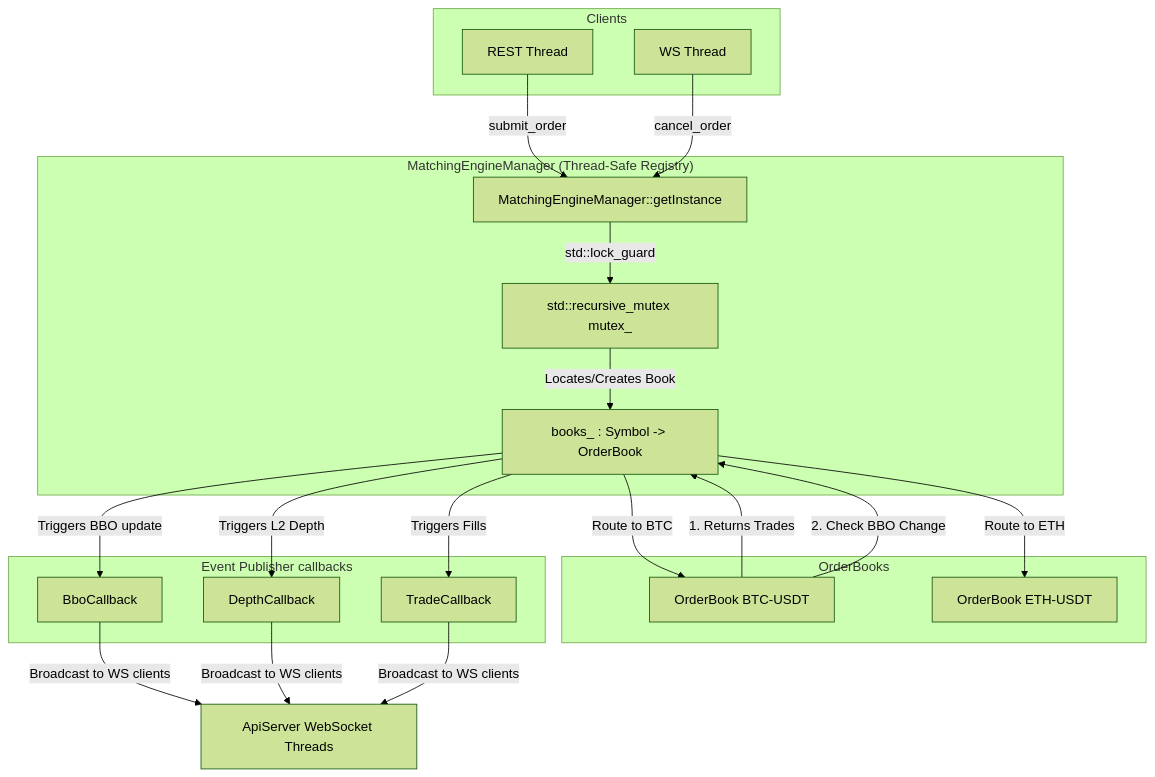
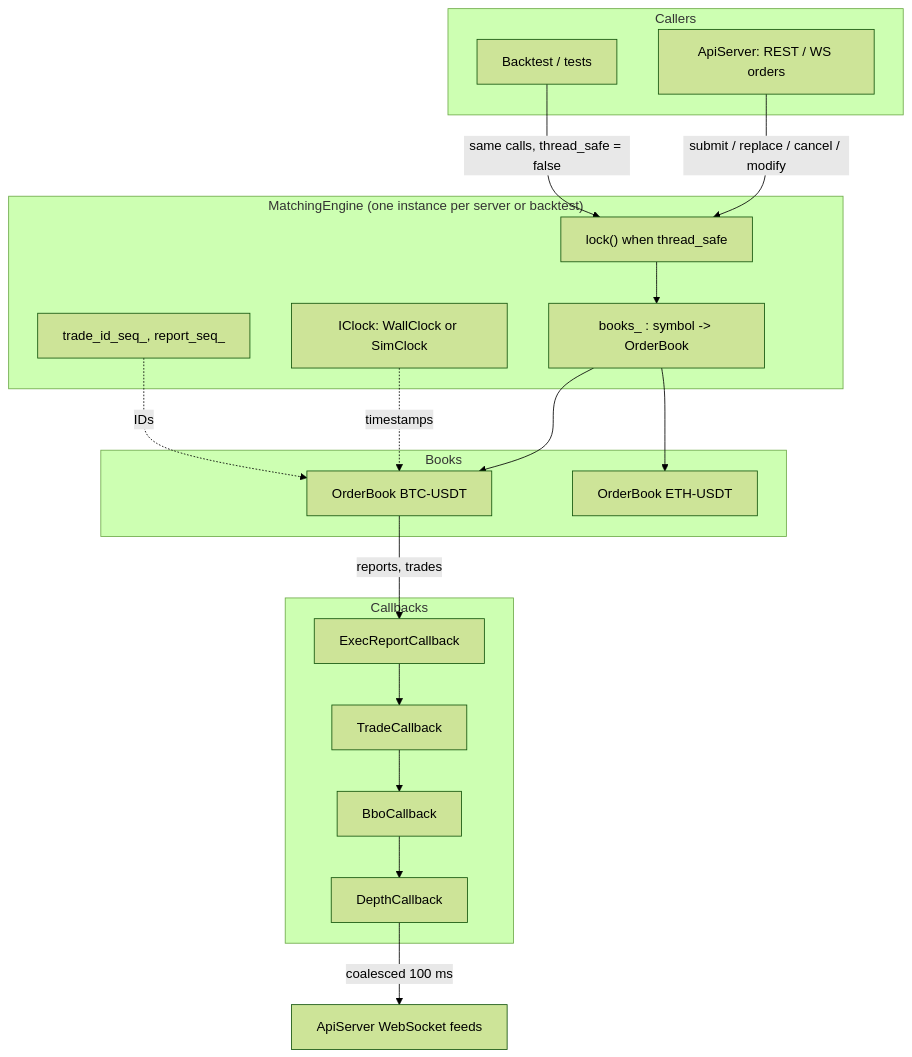
The diagram in explanations/matching_engine.md (Rishav123raj/BlockSprint), drawn with Mermaid (forest theme) before and after one commit. The commit also changed other lines of this file and 40 other files, not shown here.

````diff
--- a/explanations/matching_engine.md
+++ b/explanations/matching_engine.md
@@ -28,44 +35,40 @@
 ```mermaid
 graph TD
-    subgraph Clients
-        REST[REST Thread]
-        WS[WS Thread]
+    subgraph Callers
+        API[ApiServer: REST / WS orders]
+        SIM[Backtest / tests]
     end
 
-    subgraph MatchingEngineManager ["MatchingEngineManager (Thread-Safe Registry)"]
-        M[MatchingEngineManager::getInstance]
-        MUTEX[std::recursive_mutex mutex_]
-        MAP["books_ : Symbol -> OrderBook"]
+    subgraph Engine ["MatchingEngine (one instance per server or backtest)"]
+        LOCK["lock() when thread_safe"]
+        MAP["books_ : symbol -> OrderBook"]
+        CLOCK[IClock: WallClock or SimClock]
+        SEQ["trade_id_seq_, report_seq_"]
     end
 
-    subgraph OrderBooks
+    subgraph Books
         OB_BTC[OrderBook BTC-USDT]
         OB_ETH[OrderBook ETH-USDT]
     end
 
-    subgraph Event Publisher callbacks
-        BBO_CB[BboCallback]
-        DEP_CB[DepthCallback]
-        TRD_CB[TradeCallback]
+    subgraph Callbacks
+        ER[ExecReportCallback]
+        TR[TradeCallback]
+        BBO[BboCallback]
+        DEP[DepthCallback]
     end
 
-    REST -->|submit_order| M
-    WS -->|cancel_order| M
+    API -->|submit / replace / cancel / modify| LOCK
+    SIM -->|same calls, thread_safe = false| LOCK
+    LOCK --> MAP
+    MAP --> OB_BTC
+    MAP --> OB_ETH
+    CLOCK -. timestamps .-> OB_BTC
+    SEQ -. IDs .-> OB_BTC
 
-    M -->|std::lock_guard| MUTEX
-    MUTEX -->|Locates/Creates Book| MAP
-    
-    MAP -->|Route to BTC| OB_BTC
-    MAP -->|Route to ETH| OB_ETH
-    
-    OB_BTC -->|1. Returns Trades| MAP
-    OB_BTC -->|2. Check BBO Change| MAP
-    
-    MAP -->|Triggers Fills| TRD_CB
-    MAP -->|Triggers BBO update| BBO_CB
-    MAP -->|Triggers L2 Depth| DEP_CB
-
-    BBO_CB -->|Broadcast to WS clients| WEB_WS[ApiServer WebSocket Threads]
-    DEP_CB -->|Broadcast to WS clients| WEB_WS
-    TRD_CB -->|Broadcast to WS clients| WEB_WS
+    OB_BTC -->|reports, trades| ER
+    ER --> TR
+    TR --> BBO
+    BBO --> DEP
+    DEP -->|coalesced 100 ms| WS[ApiServer WebSocket feeds]
 ```
````
